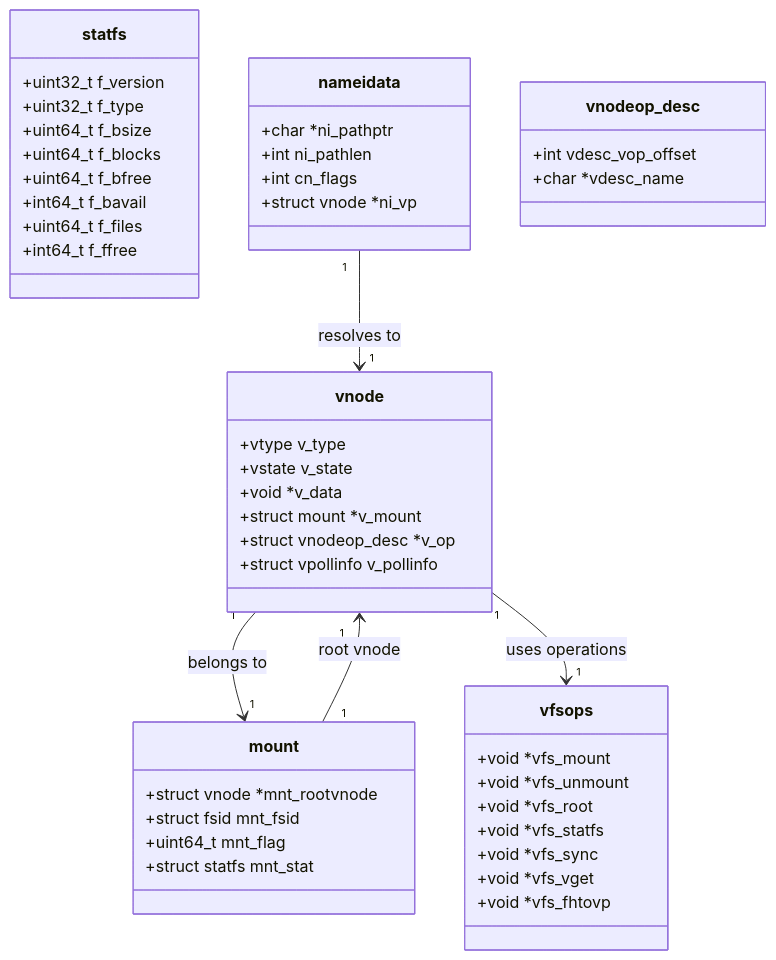
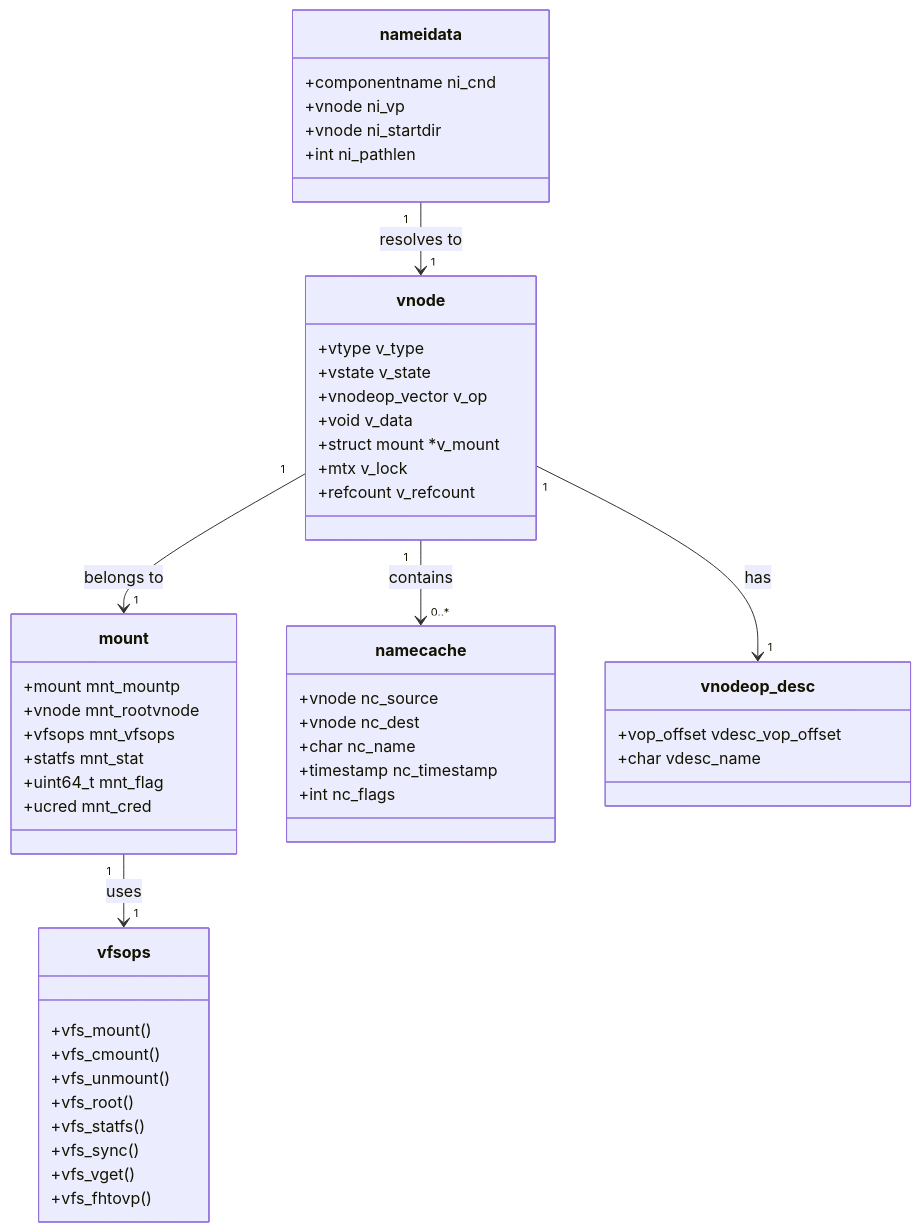
Before and after one commit to ocochard/freebsd-src: the diagram in sys/fs/README.md, drawn with Mermaid. The commit also changed other lines of this file and 26 other files, not shown here.

````diff
--- a/sys/fs/README.md
+++ b/sys/fs/README.md
@@ -262,50 +232,52 @@
 ```mermaid
 classDiagram
     class vnode {
         +vtype v_type
         +vstate v_state
-        +void *v_data
+        +vnodeop_vector v_op
+        +void v_data
         +struct mount *v_mount
-        +struct vnodeop_desc *v_op
-        +struct vpollinfo v_pollinfo
+        +mtx v_lock
+        +refcount v_refcount
     }
     class mount {
-        +struct vnode *mnt_rootvnode
-        +struct fsid mnt_fsid
+        +mount mnt_mountp
+        +vnode mnt_rootvnode
+        +vfsops mnt_vfsops
+        +statfs mnt_stat
         +uint64_t mnt_flag
-        +struct statfs mnt_stat
-    }
-    class statfs {
-        +uint32_t f_version
-        +uint32_t f_type
-        +uint64_t f_bsize
-        +uint64_t f_blocks
-        +uint64_t f_bfree
-        +int64_t f_bavail
-        +uint64_t f_files
-        +int64_t f_ffree
+        +ucred mnt_cred
     }
     class vfsops {
-        +void *vfs_mount
-        +void *vfs_unmount
-        +void *vfs_root
-        +void *vfs_statfs
-        +void *vfs_sync
-        +void *vfs_vget
-        +void *vfs_fhtovp
+        +vfs_mount()
+        +vfs_cmount()
+        +vfs_unmount()
+        +vfs_root()
+        +vfs_statfs()
+        +vfs_sync()
+        +vfs_vget()
+        +vfs_fhtovp()
+    }
+    class namecache {
+        +vnode nc_source
+        +vnode nc_dest
+        +char nc_name
+        +timestamp nc_timestamp
+        +int nc_flags
     }
     class nameidata {
-        +char *ni_pathptr
+        +componentname ni_cnd
+        +vnode ni_vp
+        +vnode ni_startdir
         +int ni_pathlen
-        +int cn_flags
-        +struct vnode *ni_vp
     }
     class vnodeop_desc {
-        +int vdesc_vop_offset
-        +char *vdesc_name
+        +vop_offset vdesc_vop_offset
+        +char vdesc_name
     }
     vnode "1" --> "1" mount : belongs to
-    vnode "1" --> "1" vfsops : uses operations
-    mount "1" --> "1" vnode : root vnode
+    mount "1" --> "1" vfsops : uses
+    vnode "1" --> "0..*" namecache : contains
     nameidata "1" --> "1" vnode : resolves to
+    vnode "1" --> "1" vnodeop_desc : has
 ```
````
